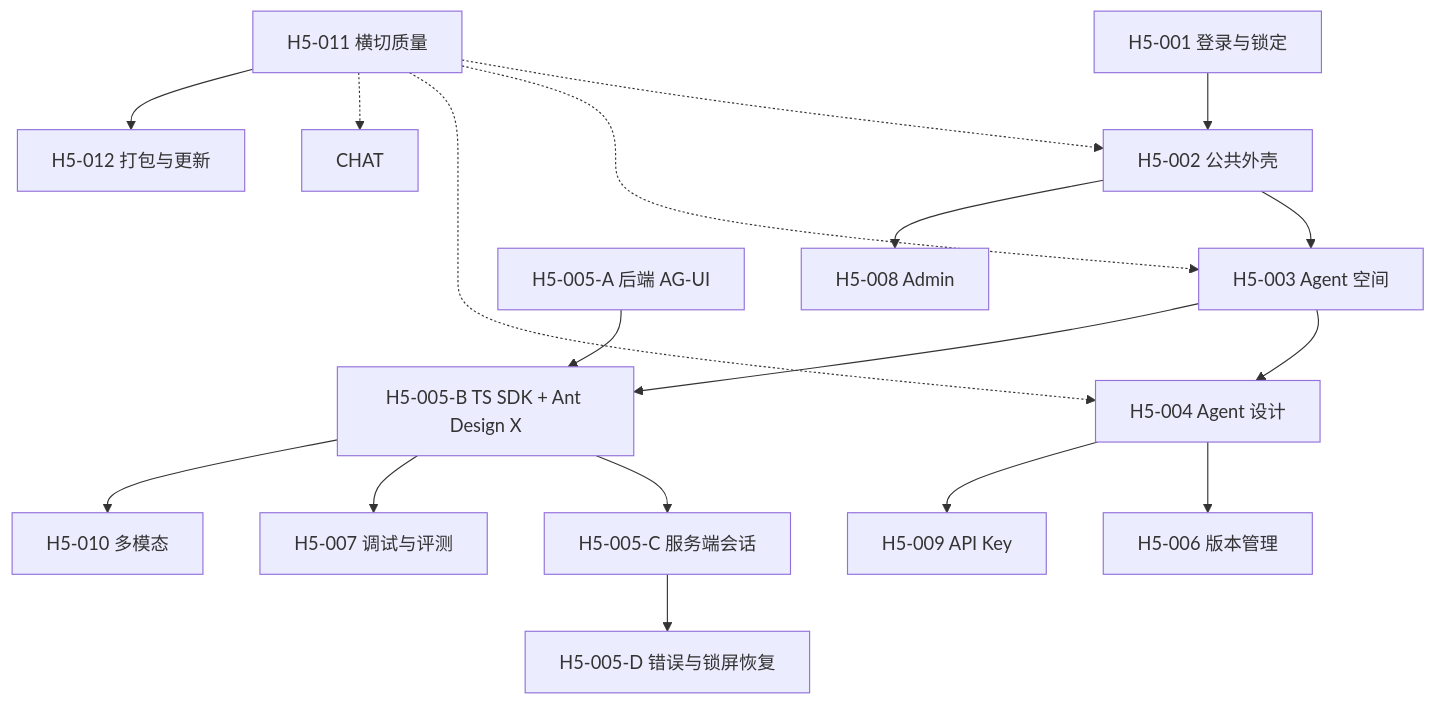
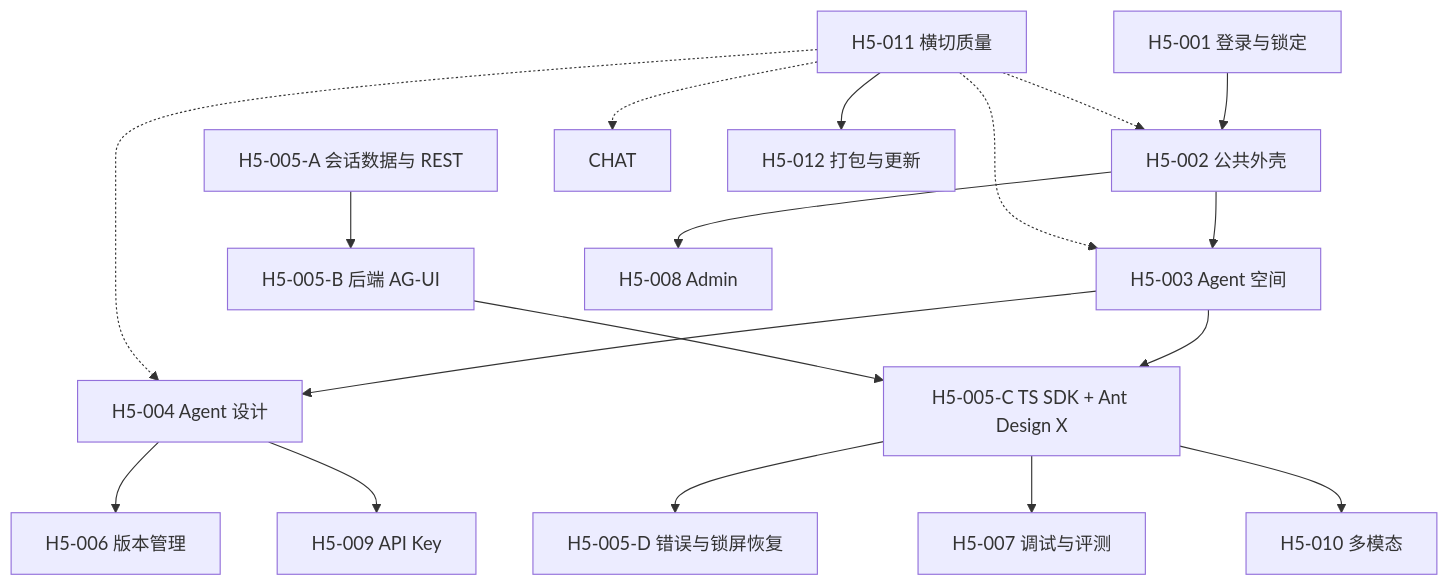
One commit to shuaihuadu/inkwell changed the diagram in docs/06-implementation/desktop-implementation-roadmap.md. Above: the diagram before and after it, drawn with Mermaid. The commit also changed other lines of this file and 177 other files, not shown here.

````diff
--- a/docs/06-implementation/desktop-implementation-roadmap.md
+++ b/docs/06-implementation/desktop-implementation-roadmap.md
@@ -81,21 +81,21 @@
 ```mermaid
 flowchart TD
     AUTH[H5-001 登录与锁定] --> SHELL[H5-002 公共外壳]
     SHELL --> SPACE[H5-003 Agent 空间]
     SPACE --> DESIGN[H5-004 Agent 设计]
-    AGUIBACKEND[H5-005-A 后端 AG-UI]
-    AGUIBACKEND --> CHATSDK[H5-005-B TS SDK + Ant Design X]
-    SPACE --> CHATSDK
-    CHATSDK --> CHATDATA[H5-005-C 服务端会话]
-    CHATDATA --> CHATRESILIENCE[H5-005-D 错误与锁屏恢复]
+    CHATDATA[H5-005-A 会话数据与 REST]
+    CHATDATA --> AGUIBACKEND[H5-005-B 后端 AG-UI]
+    SPACE --> CHATUI[H5-005-C TS SDK + Ant Design X]
+    AGUIBACKEND --> CHATUI
+    CHATUI --> CHATRESILIENCE[H5-005-D 错误与锁屏恢复]
     DESIGN --> VERSION[H5-006 版本管理]
-    CHATSDK --> TRACE[H5-007 调试与评测]
+    CHATUI --> TRACE[H5-007 调试与评测]
     DESIGN --> KEYS[H5-009 API Key]
-    CHATSDK --> MULTI[H5-010 多模态]
+    CHATUI --> MULTI[H5-010 多模态]
     SHELL --> ADMIN[H5-008 Admin]
     CROSS[H5-011 横切质量] -.-> SHELL
     CROSS -.-> SPACE
     CROSS -.-> DESIGN
     CROSS -.-> CHAT
     CROSS --> RELEASE[H5-012 打包与更新]
 ```
````
